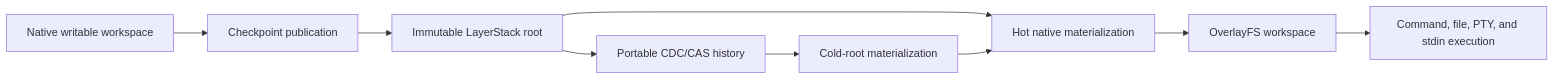
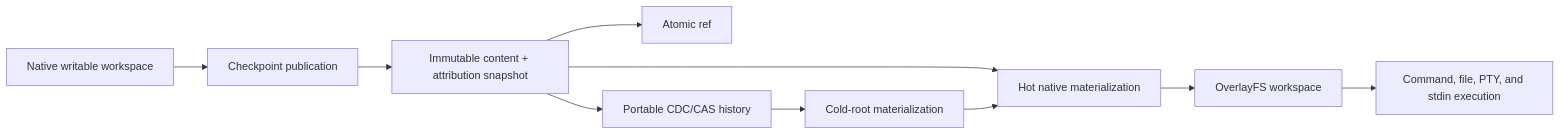
The diagram in implementation-plan/2.0 migration/phase 1/index.md (Ephemeral-AI-Lab/ephemeral-sandbox-docs), drawn with Mermaid before and after one commit. The commit also changed other lines of this file and 17 other files, not shown here.

````diff
--- a/implementation-plan/2.0 migration/phase 1/index.md
+++ b/implementation-plan/2.0 migration/phase 1/index.md
@@ -37,11 +37,12 @@
 ```mermaid
 flowchart LR
     W["Native writable workspace"] --> P["Checkpoint publication"]
-    P --> R["Immutable LayerStack root"]
+    P --> R["Immutable content + attribution snapshot"]
+    R --> F["Atomic ref"]
     R --> H["Hot native materialization"]
     R --> C["Portable CDC/CAS history"]
     H --> O["OverlayFS workspace"]
     O --> X["Command, file, PTY, and stdin execution"]
     C --> M["Cold-root materialization"]
     M --> H
 ```
````
